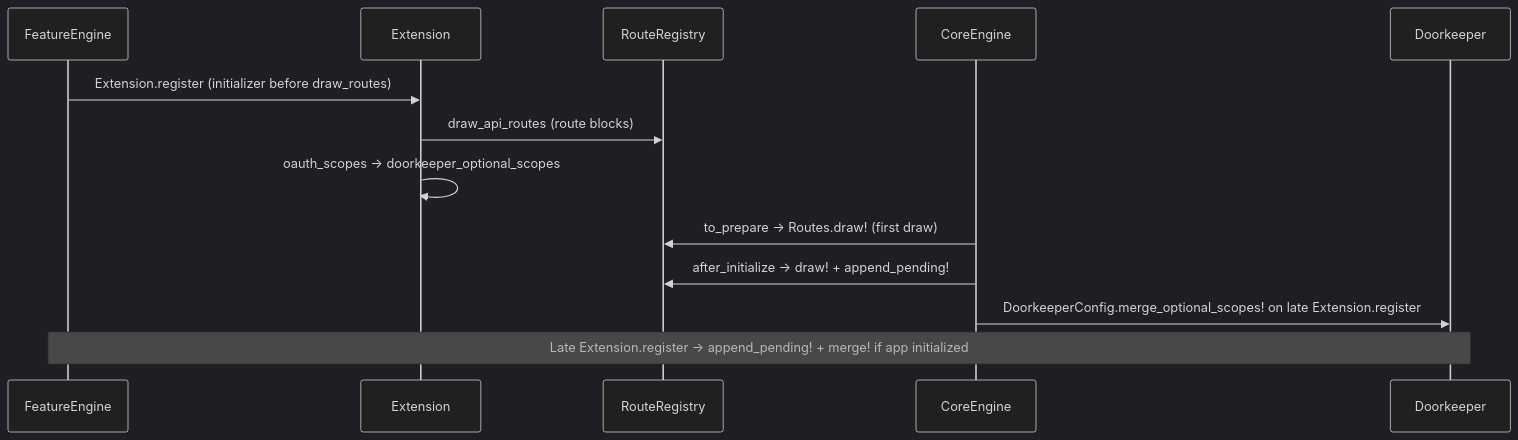
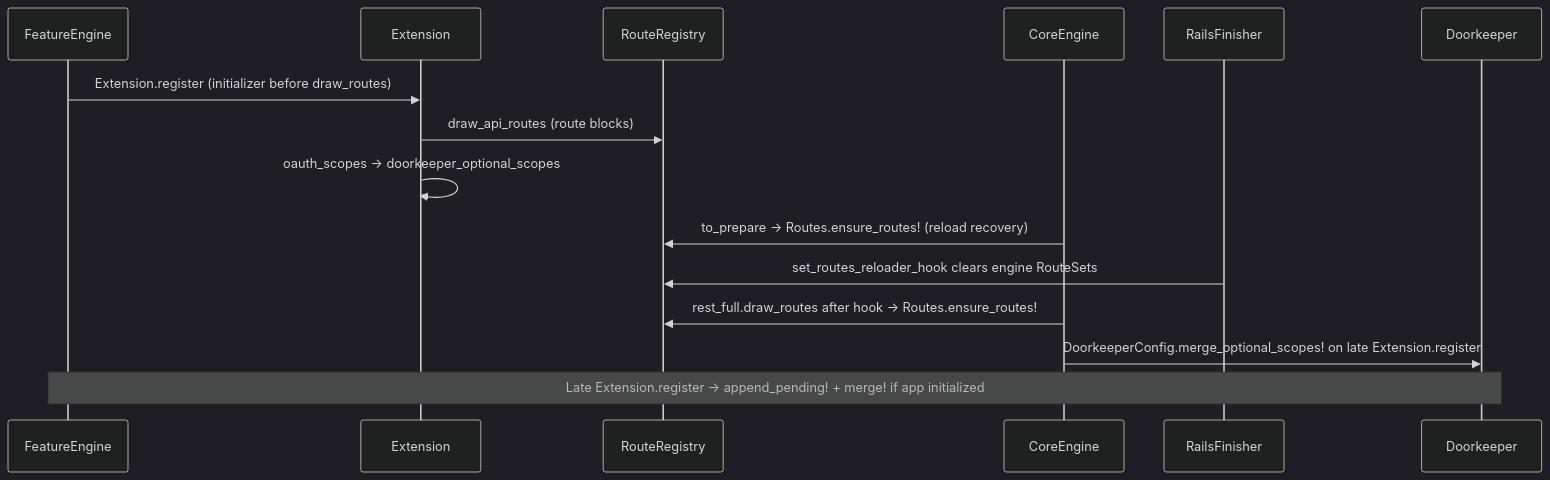
One commit to octree-gva/decidim-rest-full changed the diagram in website/docs/dev/add-endpoint/boot-and-extension.md. Above: the diagram before and after it, drawn with Mermaid (dark theme). The commit also changed other lines of this file and 8 other files, not shown here.

````diff
--- a/website/docs/dev/add-endpoint/boot-and-extension.md
+++ b/website/docs/dev/add-endpoint/boot-and-extension.md
@@ -13,16 +13,18 @@
 ```mermaid
 sequenceDiagram
   participant Gem as FeatureEngine
   participant Ext as Extension
   participant Registry as RouteRegistry
   participant Core as CoreEngine
+  participant Finisher as RailsFinisher
   participant DK as Doorkeeper
 
   Gem->>Ext: Extension.register (initializer before draw_routes)
   Ext->>Registry: draw_api_routes (route blocks)
   Ext->>Ext: oauth_scopes → doorkeeper_optional_scopes
-  Core->>Registry: to_prepare → Routes.draw! (first draw)
-  Core->>Registry: after_initialize → draw! + append_pending!
+  Core->>Registry: to_prepare → Routes.ensure_routes! (reload recovery)
+  Finisher->>Registry: set_routes_reloader_hook clears engine RouteSets
+  Core->>Registry: rest_full.draw_routes after hook → Routes.ensure_routes!
   Core->>DK: DoorkeeperConfig.merge_optional_scopes! on late Extension.register
   Note over Gem,DK: Late Extension.register → append_pending! + merge! if app initialized
 ```
````
